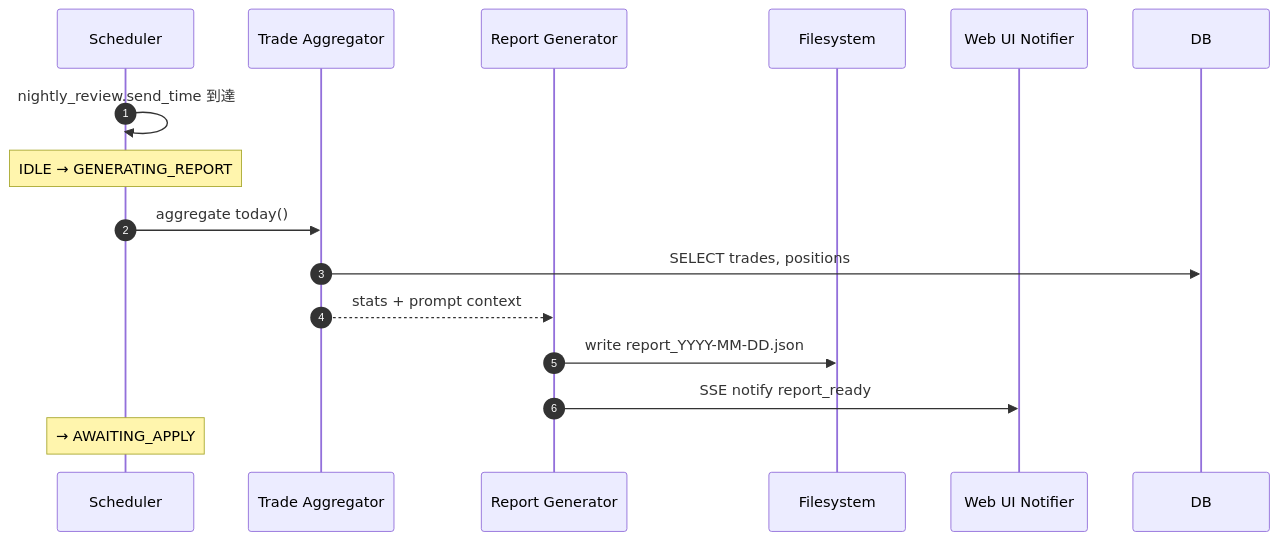
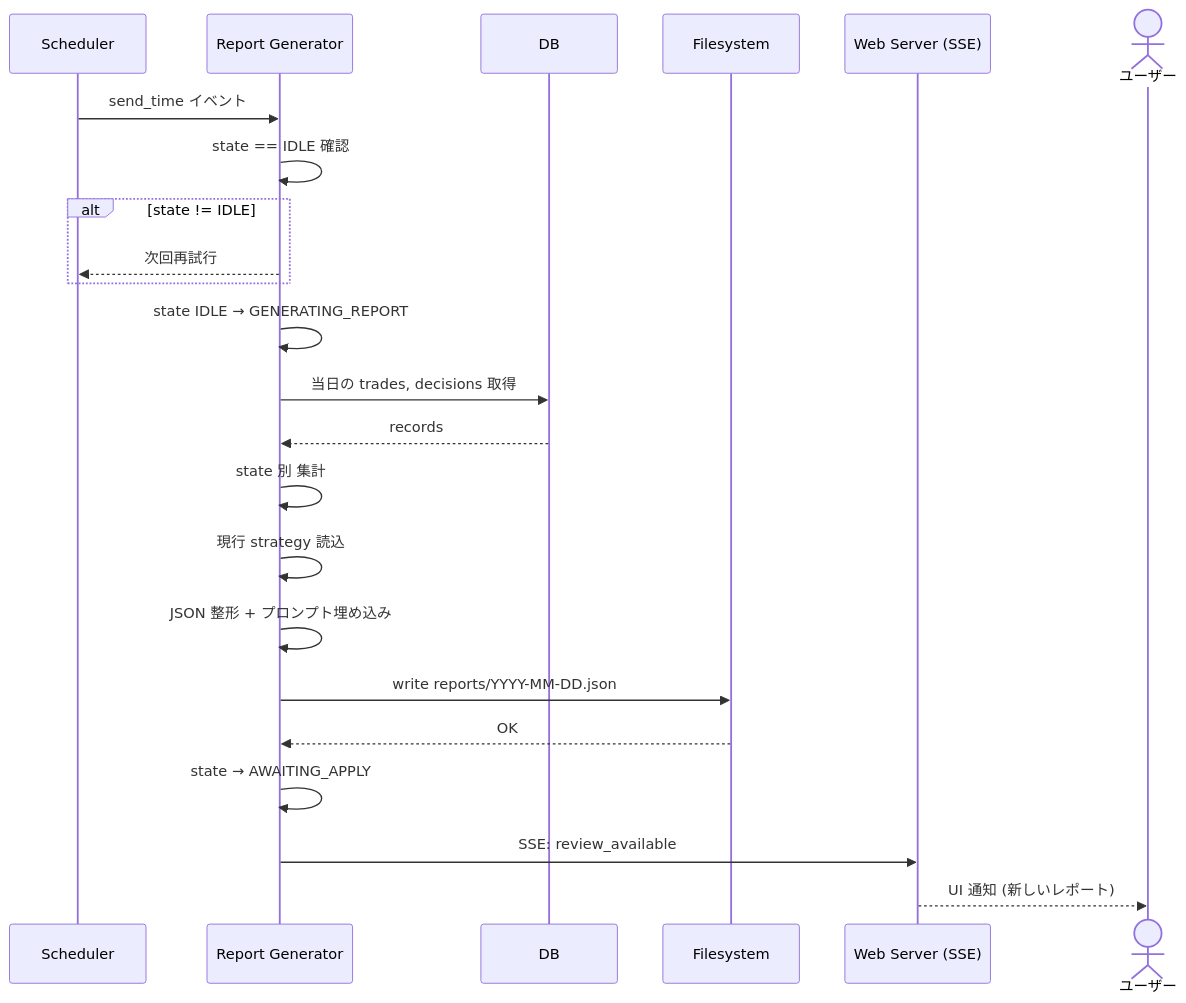
The fourth of 7 diagrams in docs/design/06_sequence.md (matrix9neonebuchadnezzar2199-sketch/YoRuu), drawn with Mermaid before and after one commit. The commit also changed other lines of this file and 8 other files, not shown here.

````diff
--- a/docs/design/06_sequence.md
+++ b/docs/design/06_sequence.md
@@ -125,18 +163,26 @@
 ```mermaid
 sequenceDiagram
-    autonumber
     participant SCH as Scheduler
-    participant TA as Trade Aggregator
     participant RG as Report Generator
+    participant DB
     participant FS as Filesystem
-    participant UI as Web UI Notifier
+    participant WS as Web Server (SSE)
+    actor U as ユーザー
 
-    SCH->>SCH: nightly_review.send_time 到達
-    Note over SCH: IDLE → GENERATING_REPORT
-    SCH->>TA: aggregate today()
-    TA->>DB: SELECT trades, positions
-    TA-->>RG: stats + prompt context
-    RG->>FS: write report_YYYY-MM-DD.json
-    RG->>UI: SSE notify report_ready
-    Note over SCH: → AWAITING_APPLY
+    SCH->>RG: send_time イベント
+    RG->>RG: state == IDLE 確認
+    alt state != IDLE
+        RG-->>SCH: 次回再試行
+    end
+    RG->>RG: state IDLE → GENERATING_REPORT
+    RG->>DB: 当日の trades, decisions 取得
+    DB-->>RG: records
+    RG->>RG: state 別 集計
+    RG->>RG: 現行 strategy 読込
+    RG->>RG: JSON 整形 + プロンプト埋め込み
+    RG->>FS: write reports/YYYY-MM-DD.json
+    FS-->>RG: OK
+    RG->>RG: state → AWAITING_APPLY
+    RG->>WS: SSE: review_available
+    WS-->>U: UI 通知 (新しいレポート)
 ```
````
